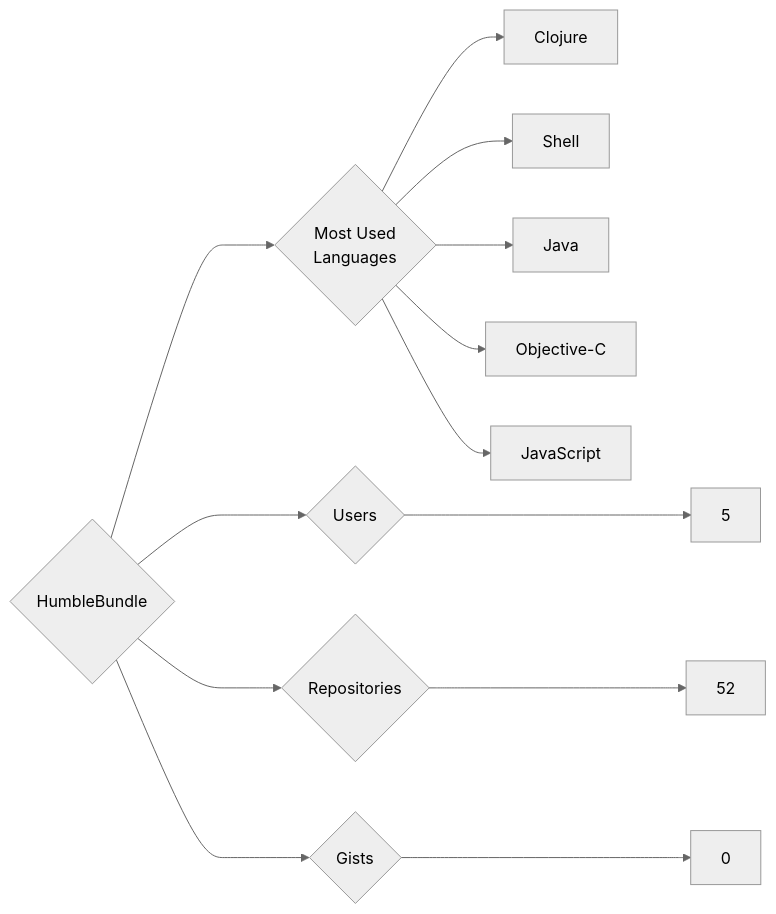
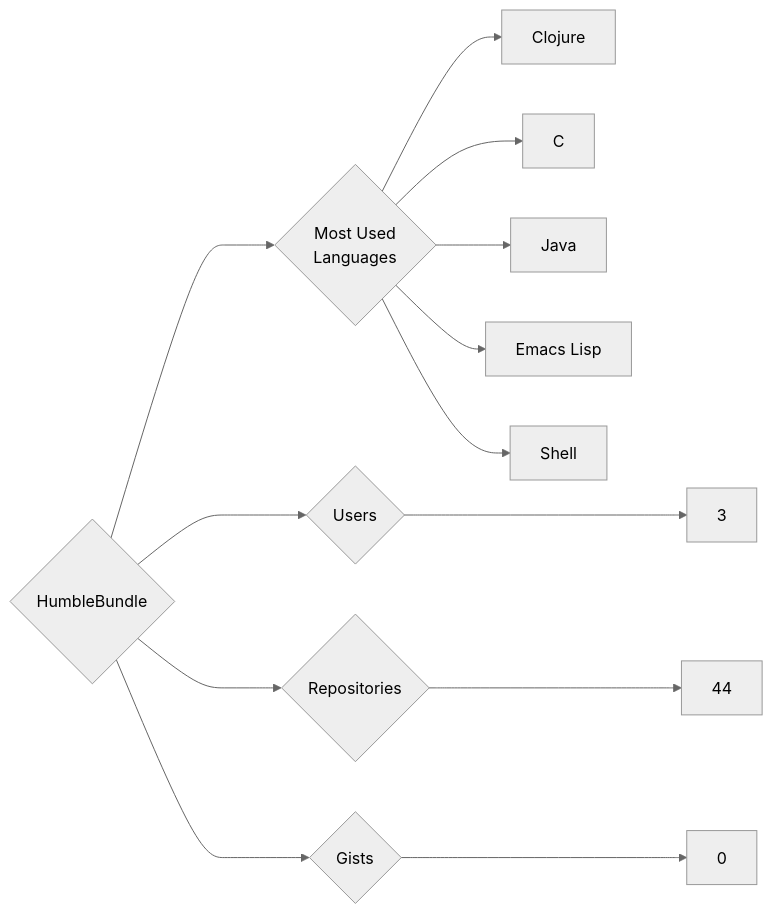
Before and after one commit to trickest/insiders: the diagram in targets/HumbleBundle/README.md, drawn with Mermaid (neutral theme). The commit also changed 1195 other files, not shown here.

````diff
--- a/targets/HumbleBundle/README.md
+++ b/targets/HumbleBundle/README.md
@@ -3,13 +3,13 @@
 ```mermaid
 graph LR
 COMPANY_NAME{HumbleBundle}
-COMPANY_NAME ---> U{Users} ---> UN[5]
-COMPANY_NAME ---> R{Repositories} ---> RN[52]
+COMPANY_NAME ---> U{Users} ---> UN[3]
+COMPANY_NAME ---> R{Repositories} ---> RN[44]
 COMPANY_NAME ---> G{Gists} ---> GN[0]
 COMPANY_NAME ---> ML{Most Used<br>Languages}
 ML --> Clojure[Clojure]
+ML --> C[C]
+ML --> Java[Java]
+ML --> Emacs_Lisp[Emacs Lisp]
 ML --> Shell[Shell]
-ML --> Java[Java]
-ML --> Objective-C[Objective-C]
-ML --> JavaScript[JavaScript]
 ```
````
